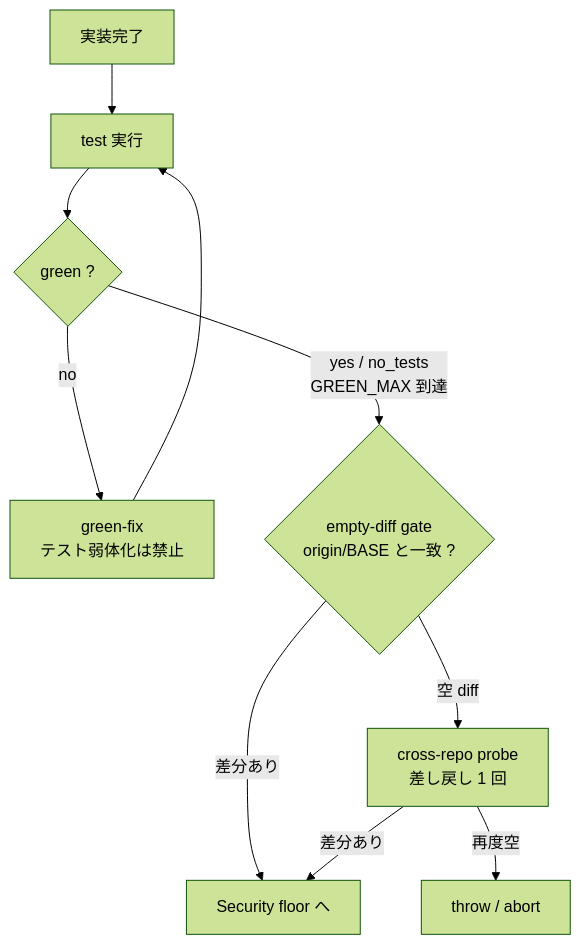
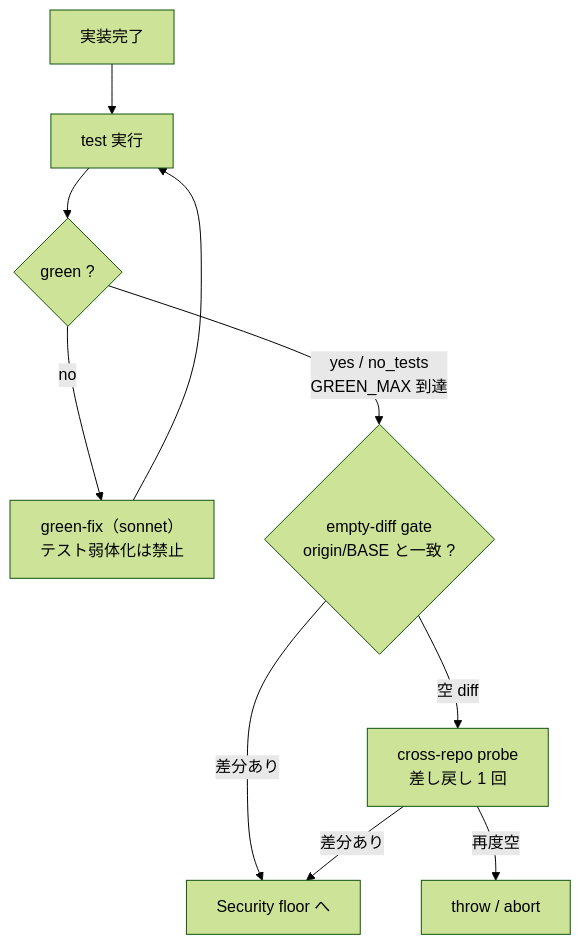
One commit to it-all-playpark/skills changed the fifth of 13 diagrams in docs/dev-flow-atlas.md. Above: the diagram before and after it, drawn with Mermaid (forest theme). The commit also changed other lines of this file and 7 other files, not shown here.

Commit message:
feat(dev-flow): dev-implement-fable の fable 上限時に opus へ fallback し、green-fix は sonnet で spawn する (#693) (#694)

````diff
--- a/docs/dev-flow-atlas.md
+++ b/docs/dev-flow-atlas.md
@@ -137,12 +139,12 @@
 ```mermaid
 flowchart TD
     IN["実装完了"] --> V1["test 実行"]
     V1 --> V2{"green ?"}
-    V2 -->|no| V3["green-fix<br/>テスト弱体化は禁止"]
+    V2 -->|no| V3["green-fix（sonnet）<br/>テスト弱体化は禁止"]
     V3 --> V1
     V2 -->|"yes / no_tests<br/>GREEN_MAX 到達"| V4{"empty-diff gate<br/>origin/BASE と一致 ?"}
     V4 -->|"差分あり"| OUT["Security floor へ"]
     V4 -->|"空 diff"| V5["cross-repo probe<br/>差し戻し 1 回"]
     V5 -->|"差分あり"| OUT
     V5 -->|"再度空"| AB["throw / abort"]
 ```
````
